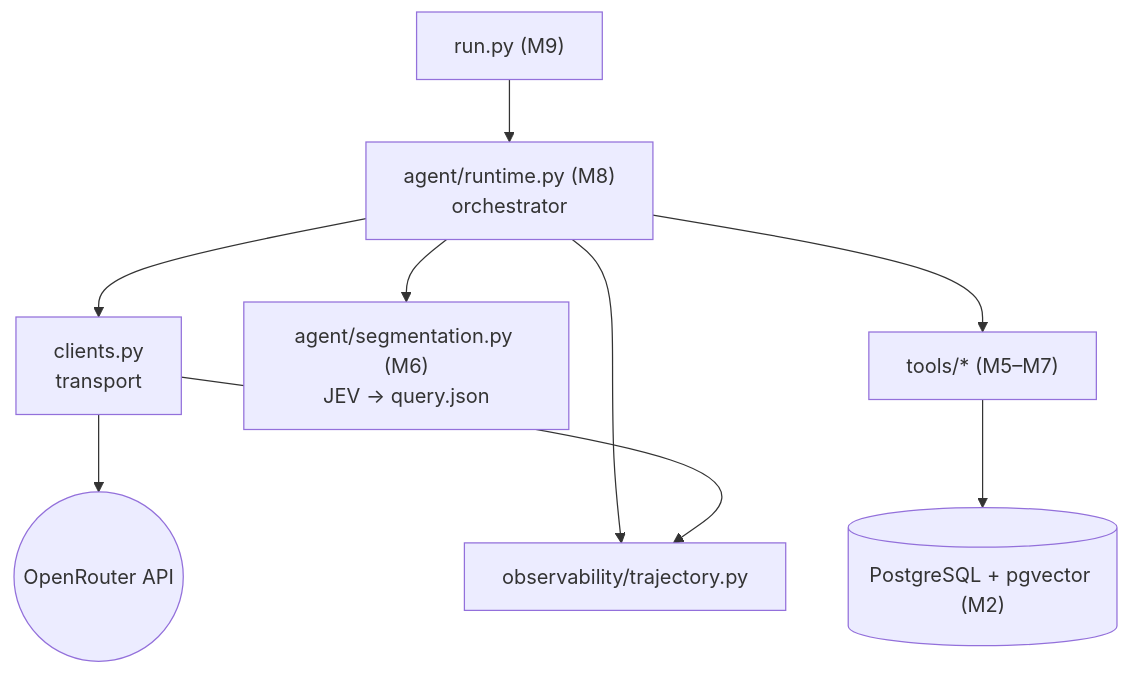
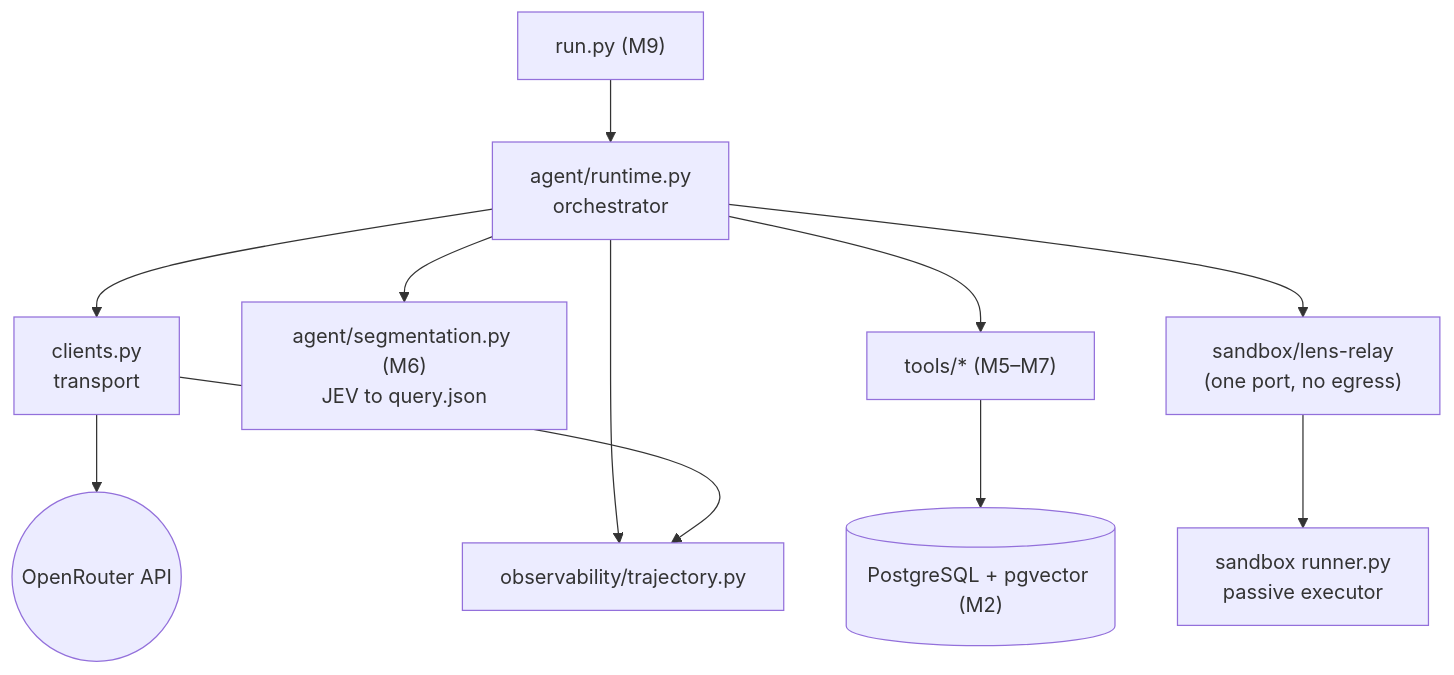
Before and after one commit to RSGzen/LENS: the fifth of 6 diagrams in docs/ARCHITECTURE.md, drawn with Mermaid. The commit also changed other lines of this file and 2 other files, not shown here.

````diff
--- a/docs/ARCHITECTURE.md
+++ b/docs/ARCHITECTURE.md
@@ -236,11 +520,13 @@
 ```mermaid
 flowchart TD
-    run["run.py (M9)"] --> runtime["agent/runtime.py (M8)<br/>orchestrator"]
+    run["run.py (M9)"] --> runtime["agent/runtime.py<br/>orchestrator"]
     runtime --> clients["clients.py<br/>transport"]
     clients --> ornet(("OpenRouter API"))
-    runtime --> seg["agent/segmentation.py (M6)<br/>JEV → query.json"]
+    runtime --> seg["agent/segmentation.py (M6)<br/>JEV to query.json"]
     runtime --> tools["tools/* (M5–M7)"]
     tools --> db[("PostgreSQL + pgvector (M2)")]
     runtime --> traj["observability/trajectory.py"]
     clients --> traj
+    runtime --> relay["sandbox/lens-relay<br/>(one port, no egress)"]
+    relay --> sbx["sandbox runner.py<br/>passive executor"]
 ```
````
